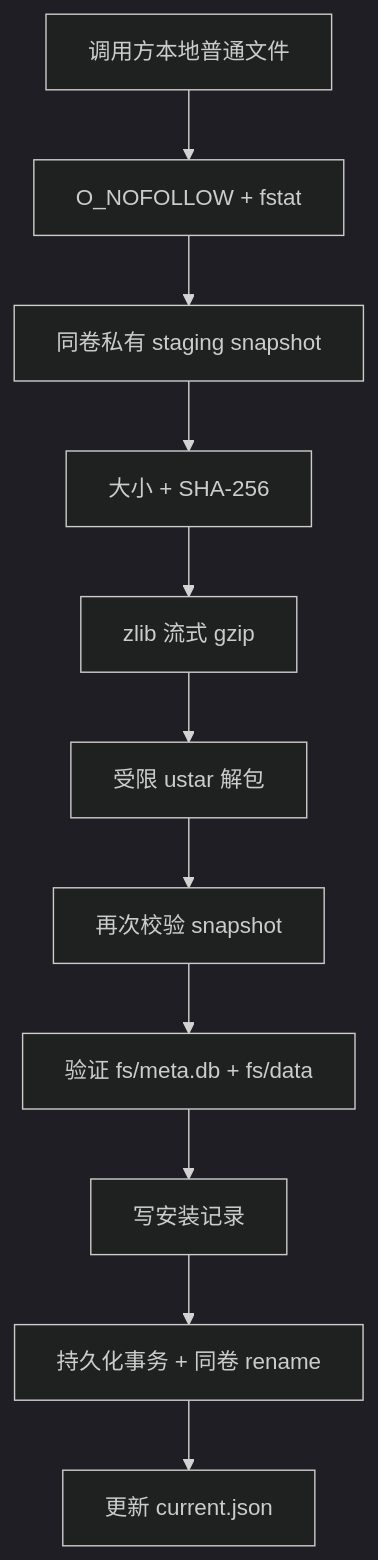
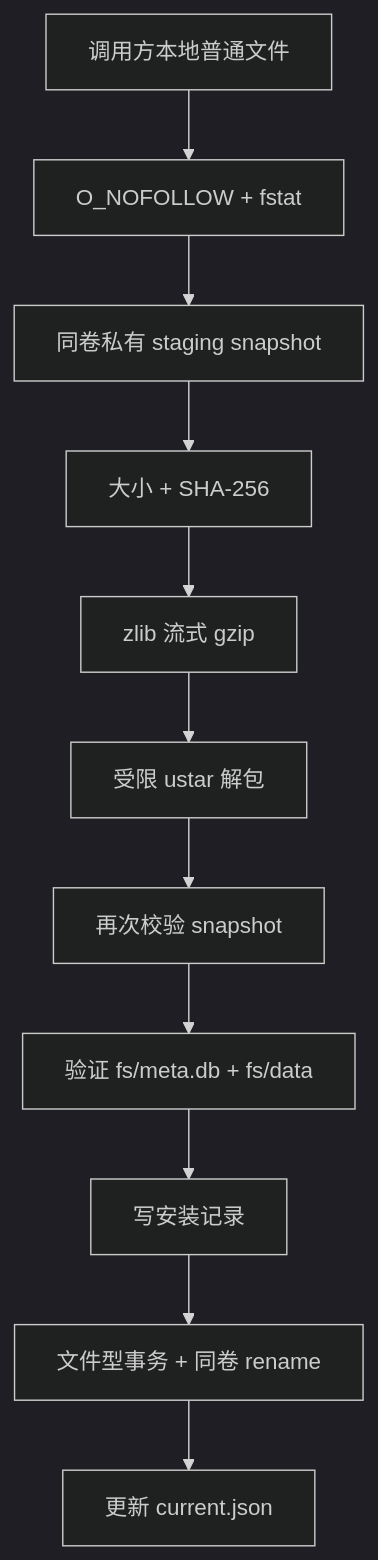
The diagram in Docs/RootFS.md (jacklv-coder/PocketRoot), drawn with Mermaid (dark theme) before and after one commit. The commit also changed other lines of this file and 24 other files, not shown here.

````diff
--- a/Docs/RootFS.md
+++ b/Docs/RootFS.md
@@ -155,13 +155,13 @@
 ```mermaid
 flowchart TD
     A["调用方本地普通文件"] --> B["O_NOFOLLOW + fstat"]
     B --> C["同卷私有 staging snapshot"]
     C --> D["大小 + SHA-256"]
     D --> E["zlib 流式 gzip"]
     E --> F["受限 ustar 解包"]
     F --> G["再次校验 snapshot"]
     G --> H["验证 fs/meta.db + fs/data"]
     H --> I["写安装记录"]
-    I --> J["持久化事务 + 同卷 rename"]
+    I --> J["文件型事务 + 同卷 rename"]
     J --> K["更新 current.json"]
 ```
````
